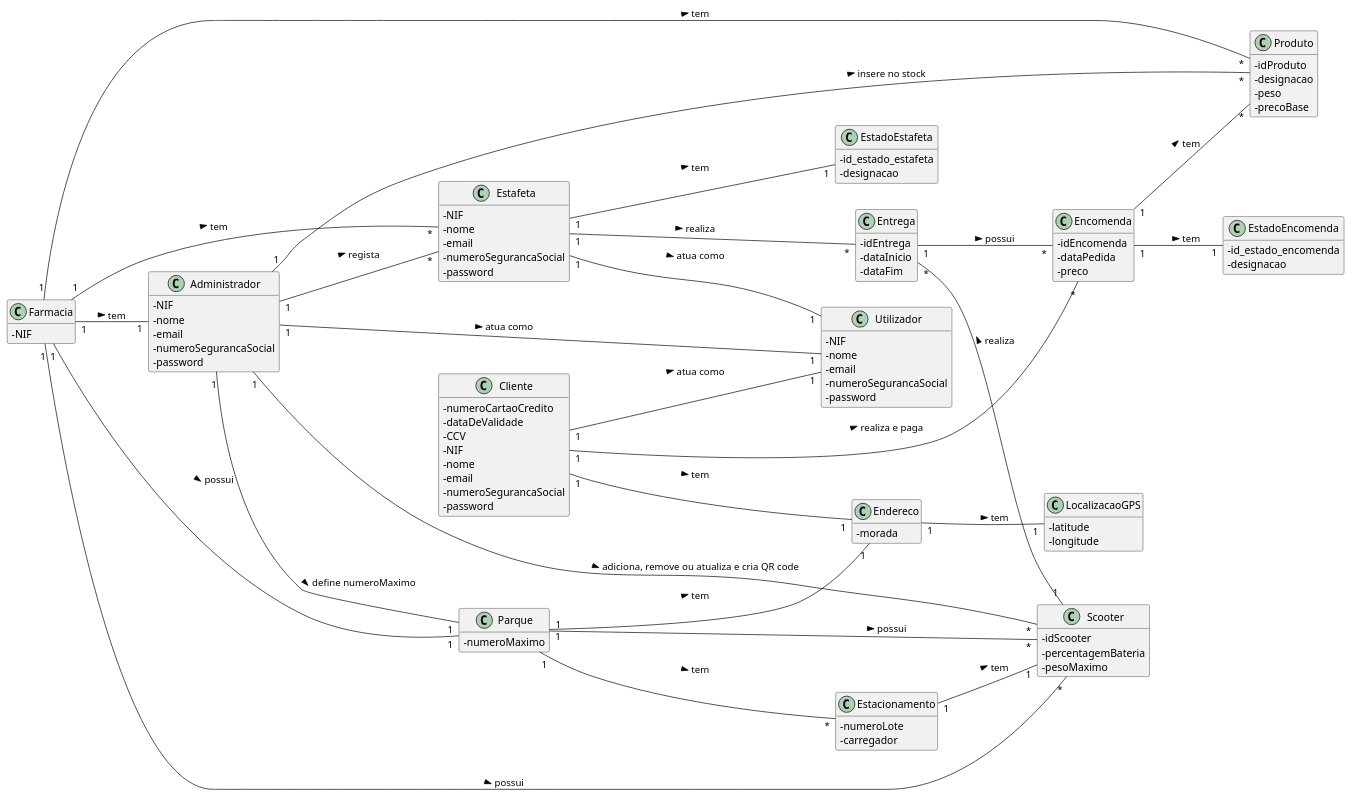
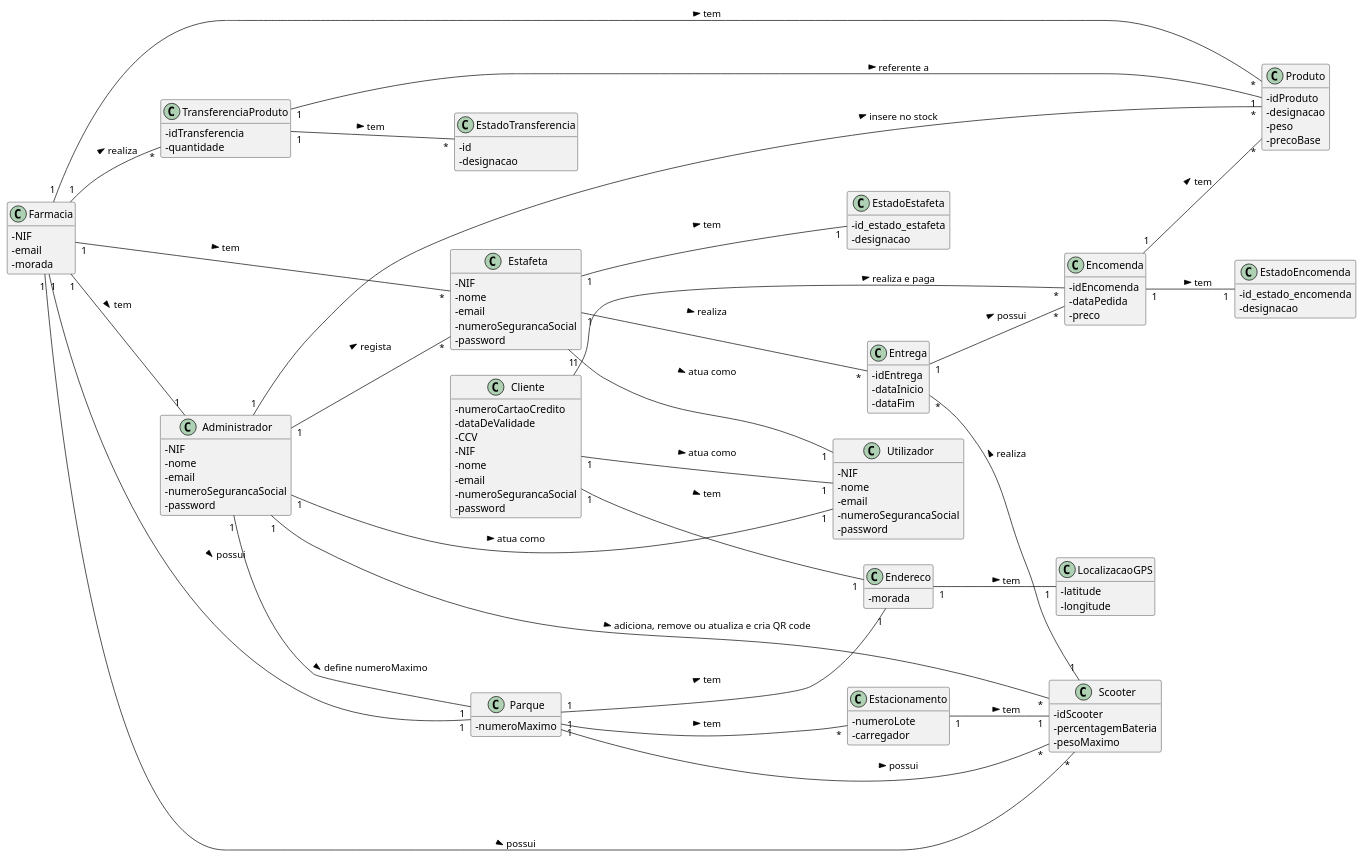
Before and after one commit to pedrolemos4/LAPR3: the diagram in docs/ModeloDominio/MD.puml, drawn with PlantUML. The commit also changed 1 other file, not shown here.

```diff
--- a/docs/ModeloDominio/MD.puml
+++ b/docs/ModeloDominio/MD.puml
@@ -1,127 +1,140 @@
 @startuml
 skinparam classAttributeIconSize 0
 hide methods
 left to right direction
 
 class Entrega {
   -idEntrega
   -dataInicio
   -dataFim
 }
 
 class Encomenda {
   -idEncomenda
   -dataPedida
   -preco
 }
 
 class EstadoEncomenda {
   -id_estado_encomenda
   -designacao
 }
 
 class Produto {
   -idProduto
   -designacao
   -peso
   -precoBase
 }
 
 class Farmacia {
   -NIF
+  -email
+  -morada
 }
-
 
 class Estacionamento {
   -numeroLote
   -carregador
 }
 
 class Estafeta {
   -NIF
   -nome
   -email
   -numeroSegurancaSocial
   -password
 }
 
 class EstadoEstafeta {
   -id_estado_estafeta
   -designacao
 }
 
 class Utilizador {
   -NIF
   -nome
   -email
   -numeroSegurancaSocial
   -password
 }
 
 class Administrador {
   -NIF
   -nome
   -email
   -numeroSegurancaSocial
   -password
 }
 
 class Endereco {
   -morada
 }
 
 class LocalizacaoGPS {
   -latitude
   -longitude
 }
 
 
 class Scooter {
   -idScooter
   -percentagemBateria
   -pesoMaximo
 }
 
 class Parque {
   -numeroMaximo
 }
 
 class Cliente {
   -numeroCartaoCredito
   -dataDeValidade
   -CCV
   -NIF
   -nome
   -email
   -numeroSegurancaSocial
   -password
 }
 
+class TransferenciaProduto {
+  -idTransferencia
+  -quantidade
+}
+
+class EstadoTransferencia {
+  -id
+  -designacao
+}
 
 Encomenda "1" -- "1" EstadoEncomenda : tem >
 Entrega "1" -- "*" Encomenda : possui >
 Estafeta "1" -- "*" Entrega: realiza >
 Estafeta "1" -- "1" EstadoEstafeta: tem >
 Estafeta "1" -- "1" Utilizador: atua como >
 Administrador "1" -- "1" Utilizador: atua como >
 Administrador "1" -- "*" Estafeta: regista >
 Administrador "1" -- "*" Produto: insere no stock >
 Administrador "1" -- "*" Scooter: adiciona, remove ou atualiza e cria QR code >
 Administrador "1" -- "1" Parque: define numeroMaximo >
 Endereco "1" -- "1" LocalizacaoGPS: tem >
 Cliente "1" -- "1" Endereco: tem >
 Cliente "1" -- "1" Utilizador: atua como >
 Cliente "1" -- "*" Encomenda: realiza e paga >
 Entrega "*" -- "1" Scooter: realiza <
 Farmacia "1" -- "*" Produto: tem >
 Encomenda "1" -- "*" Produto: tem >
 Farmacia "1" -- "1" Parque: possui >
 Parque "1" -- "*" Scooter: possui >
 Farmacia "1" -- "*" Scooter: possui >
 Parque "1" -- "1" Endereco: tem >
 Parque "1" -- "*" Estacionamento: tem >
 Estacionamento "1" -- "1" Scooter: tem >
 Farmacia "1" -- "*" Estafeta: tem >
 Farmacia "1" -- "1" Administrador: tem >
+Farmacia "1" -- "*" TransferenciaProduto: realiza >
+TransferenciaProduto "1" -- "*" EstadoTransferencia: tem >
+TransferenciaProduto "1" -- "1" Produto: referente a >
 
 @enduml
```
